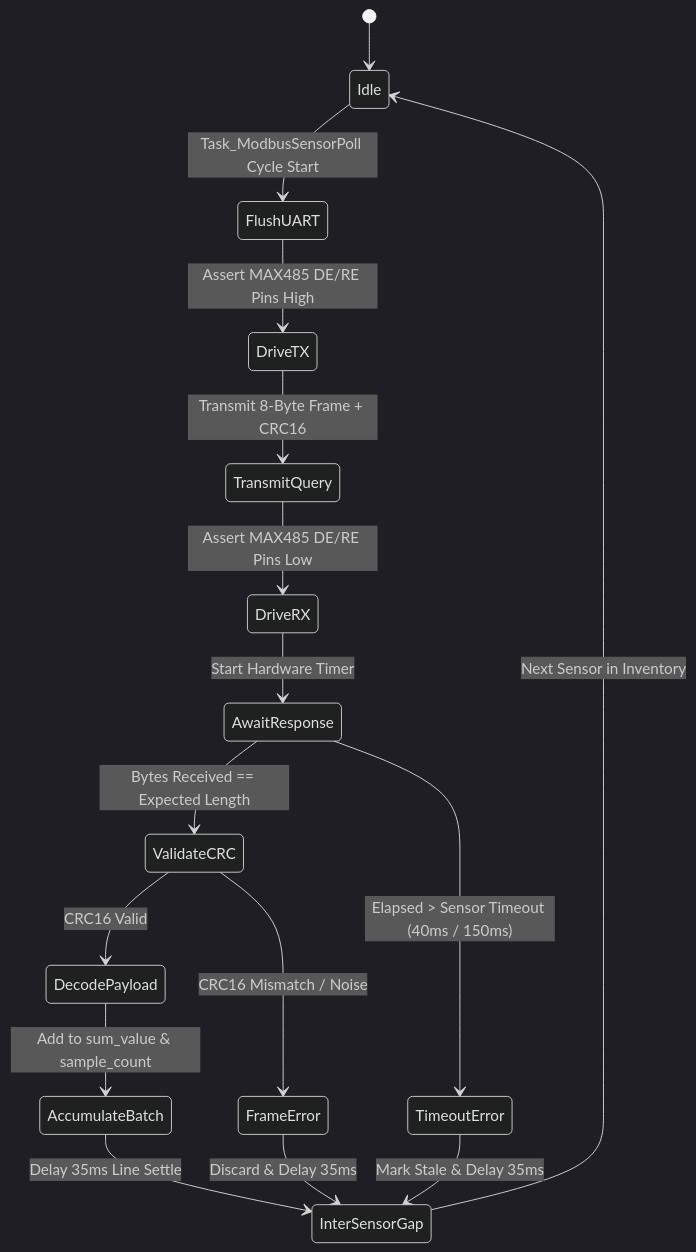
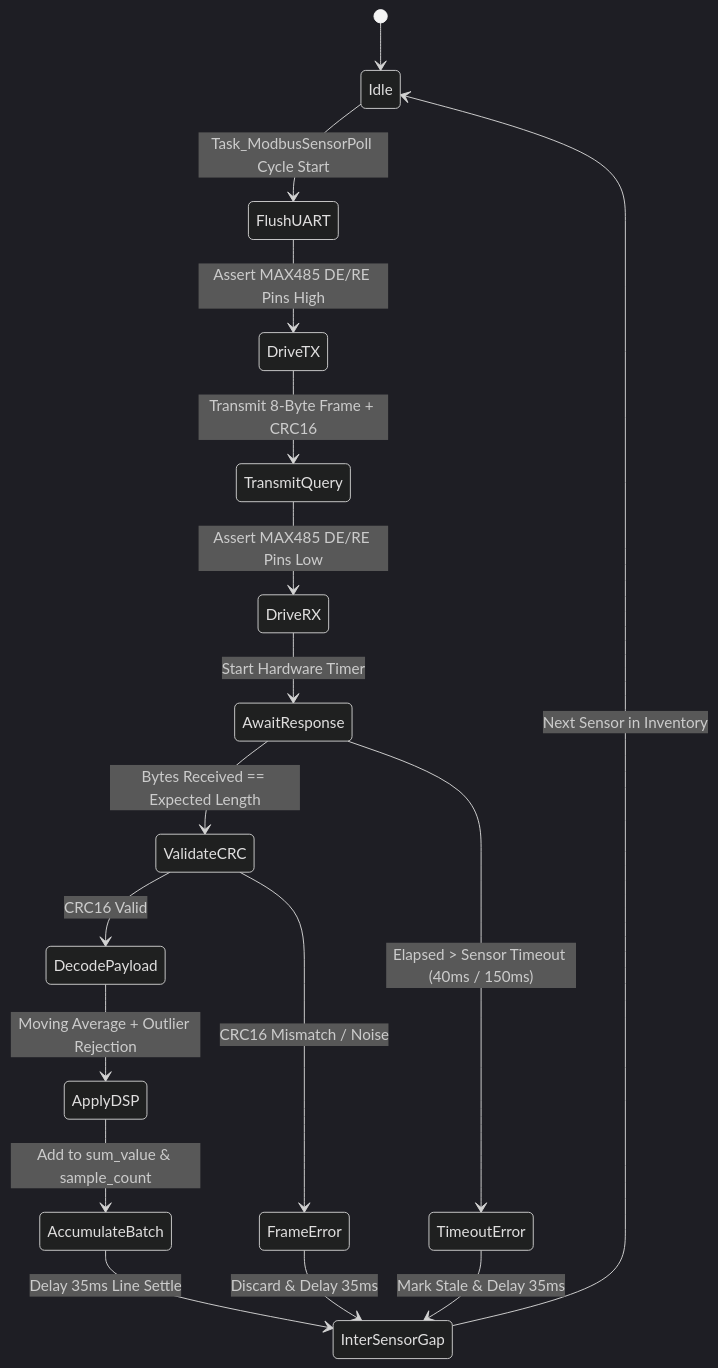
One commit to IGNOVA-SYSTEMS-INTEGRATION/KONTRX changed the second of 3 diagrams in README.md. Above: the diagram before and after it, drawn with Mermaid (dark theme). The commit also changed other lines of this file and 6 other files, not shown here.

Commit message:
chore(release): bump firmware to v2.0.0 and update README architecture docs

````diff
--- a/README.md
+++ b/README.md
@@ -244,18 +310,19 @@
 ```mermaid
 stateDiagram-v2
     [*] --> Idle
     Idle --> FlushUART: Task_ModbusSensorPoll Cycle Start
     FlushUART --> DriveTX: Assert MAX485 DE/RE Pins High
     DriveTX --> TransmitQuery: Transmit 8-Byte Frame + CRC16
     TransmitQuery --> DriveRX: Assert MAX485 DE/RE Pins Low
     DriveRX --> AwaitResponse: Start Hardware Timer
     AwaitResponse --> ValidateCRC: Bytes Received == Expected Length
     AwaitResponse --> TimeoutError: Elapsed > Sensor Timeout (40ms / 150ms)
     ValidateCRC --> DecodePayload: CRC16 Valid
     ValidateCRC --> FrameError: CRC16 Mismatch / Noise
-    DecodePayload --> AccumulateBatch: Add to sum_value & sample_count
+    DecodePayload --> ApplyDSP: Moving Average + Outlier Rejection
+    ApplyDSP --> AccumulateBatch: Add to sum_value & sample_count
     AccumulateBatch --> InterSensorGap: Delay 35ms Line Settle
     TimeoutError --> InterSensorGap: Mark Stale & Delay 35ms
     FrameError --> InterSensorGap: Discard & Delay 35ms
     InterSensorGap --> Idle: Next Sensor in Inventory
 ```
````
